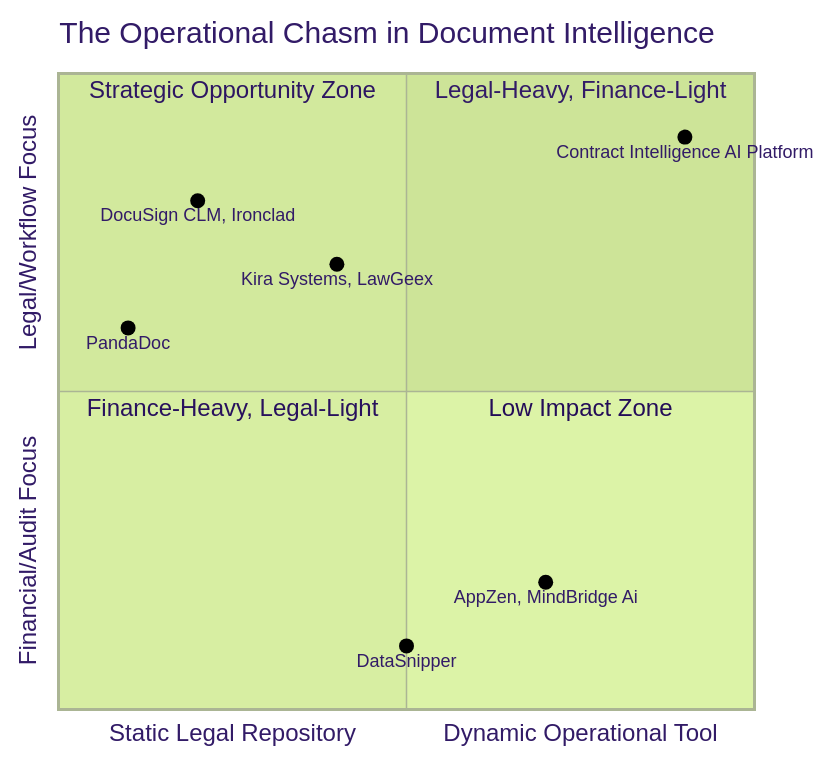
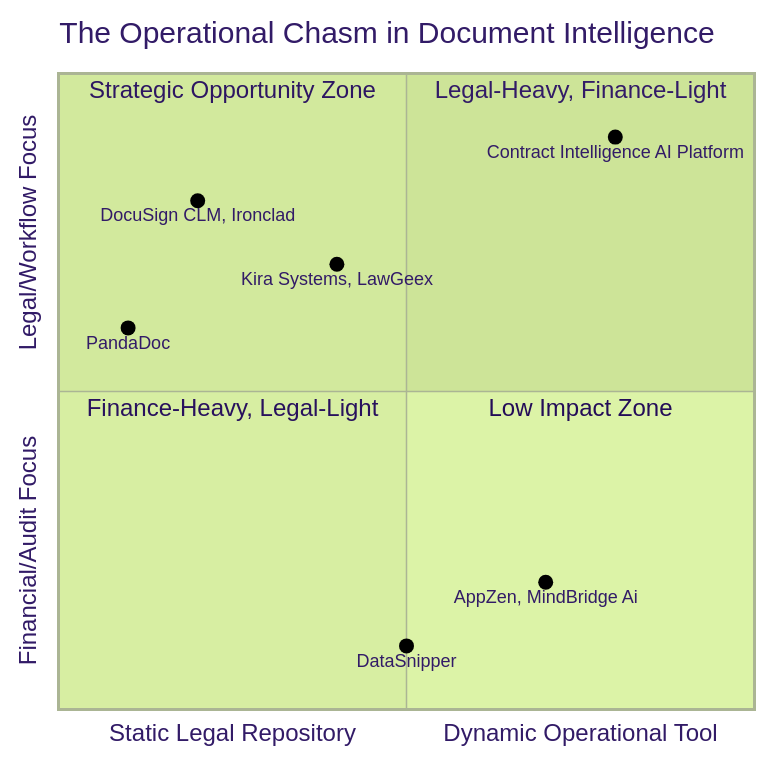
The fourth of 5 diagrams in README.md (quantum-vector-io/contract_intelligence_assistant), drawn with Mermaid (forest theme) before and after one commit.

Commit message:
Adjust product positioning in quadrant chart for better text visibility
- Moved 'Contract Intelligence AI Platform' from [0.9, 0.9] to [0.8, 0.9]
- Provides more horizontal space for text rendering while maintaining strategic positioning
- Still positioned in Strategic Opportunity Zone (top-right quadrant)
- Should resolve text truncation issues in Mermaid quadrant chart display

````diff
--- a/README.md
+++ b/README.md
@@ -685,16 +685,16 @@
 ```mermaid
 quadrantChart
     title The Operational Chasm in Document Intelligence
     x-axis Static Legal Repository --> Dynamic Operational Tool
     y-axis Financial/Audit Focus --> Legal/Workflow Focus
     quadrant-1 Legal-Heavy, Finance-Light
     quadrant-2 Strategic Opportunity Zone
     quadrant-3 Finance-Heavy, Legal-Light
     quadrant-4 Low Impact Zone
     "DocuSign CLM, Ironclad": [0.2, 0.8]
     "PandaDoc": [0.1, 0.6]
     "Kira Systems, LawGeex": [0.4, 0.7]
     "AppZen, MindBridge Ai": [0.7, 0.2]
     "DataSnipper": [0.5, 0.1]
-    "Contract Intelligence AI Platform": [0.9, 0.9]
+    "Contract Intelligence AI Platform": [0.8, 0.9]
 ```
````
